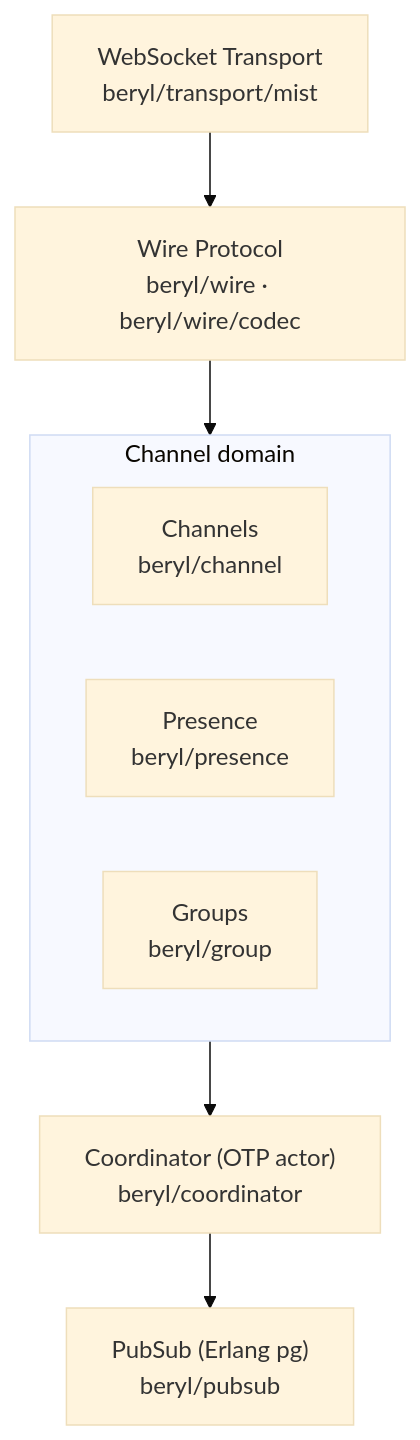
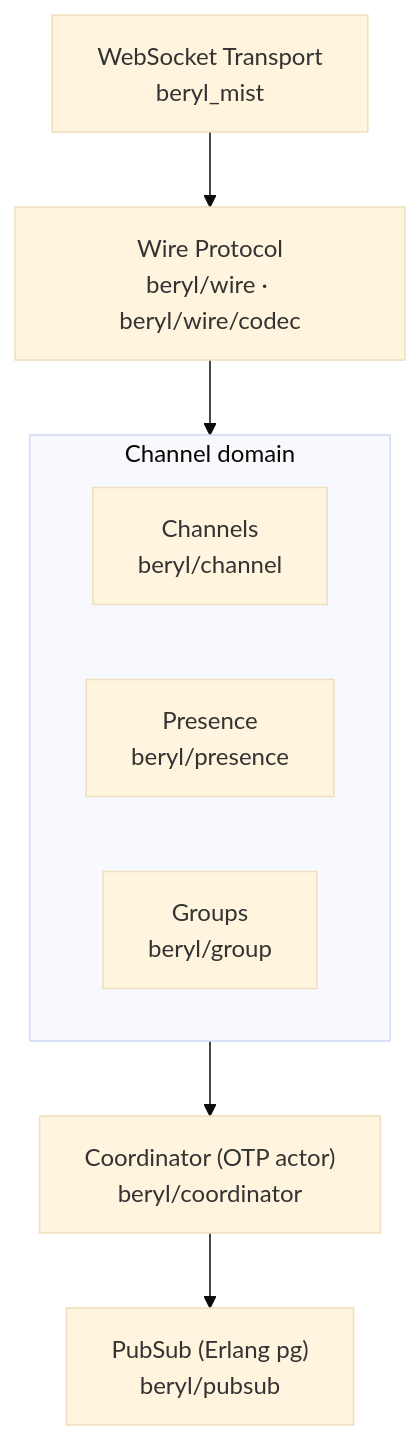
One commit to tylerbutler/beryl changed the first of 2 diagrams in website/src/content/docs/architecture/overview.md. Above: the diagram before and after it, drawn with Mermaid (base theme). The commit also changed other lines of this file and 15 other files, not shown here.

First line of the commit message:
docs(website): document the beryl_mist split and generate multi-package reference

````diff
--- a/website/src/content/docs/architecture/overview.md
+++ b/website/src/content/docs/architecture/overview.md
@@ -22,13 +22,13 @@
 ```mermaid
 flowchart TB
-  T["WebSocket Transport<br/>beryl/transport/mist"]
+  T["WebSocket Transport<br/>beryl_mist"]
   W["Wire Protocol<br/>beryl/wire · beryl/wire/codec"]
   subgraph Domain["Channel domain"]
     C["Channels<br/>beryl/channel"]
     P["Presence<br/>beryl/presence"]
     G["Groups<br/>beryl/group"]
   end
   CO["Coordinator (OTP actor)<br/>beryl/coordinator"]
   PS["PubSub (Erlang pg)<br/>beryl/pubsub"]
   T --> W --> Domain --> CO --> PS
 ```
````
